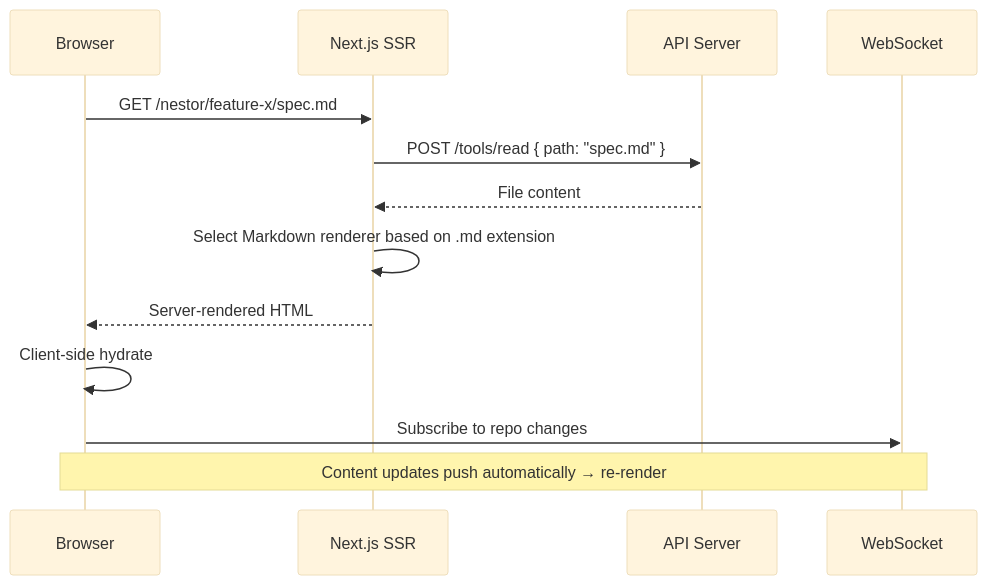
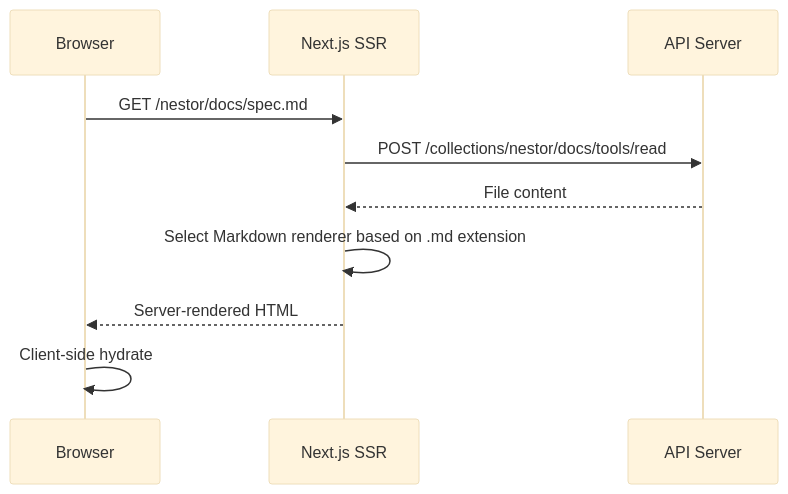
The sixth of 11 diagrams in design.md (glance2life/openarti), drawn with Mermaid (base theme) before and after one commit. The commit also changed other lines of this file and 162 other files, not shown here.

````diff
--- a/design.md
+++ b/design.md
@@ -308,16 +294,13 @@
 ```mermaid
 sequenceDiagram
     participant B as Browser
     participant Next as Next.js SSR
     participant API as API Server
-    participant WS as WebSocket
 
-    B->>Next: GET /nestor/feature-x/spec.md
-    Next->>API: POST /tools/read { path: "spec.md" }
+    B->>Next: GET /nestor/docs/spec.md
+    Next->>API: POST /collections/nestor/docs/tools/read
     API-->>Next: File content
     Next->>Next: Select Markdown renderer based on .md extension
     Next-->>B: Server-rendered HTML
     B->>B: Client-side hydrate
-    B->>WS: Subscribe to repo changes
-    Note over WS,B: Content updates push automatically → re-render
 ```
````
